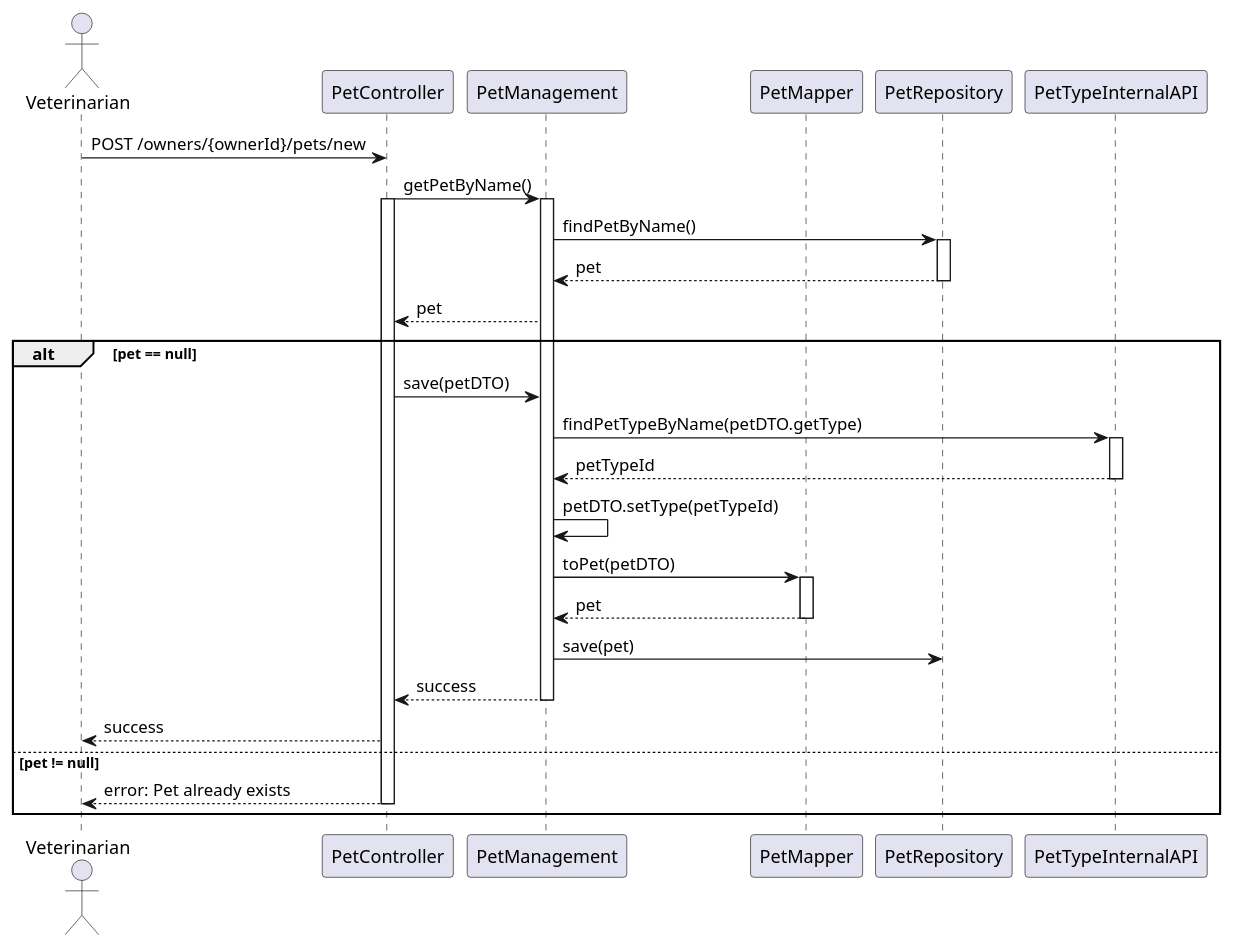
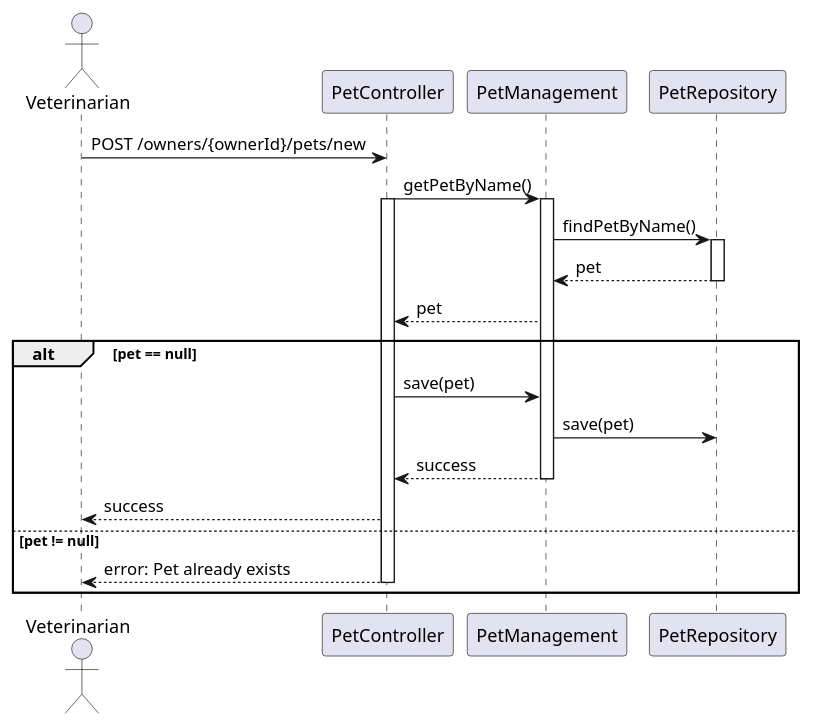
The diagram in docs/modulith/SD/AddPet/N3AddPet.puml (miguel1211593/spring_modulith), drawn with PlantUML before and after one commit. The commit also changed 41 other files, not shown here.

```diff
--- a/docs/modulith/SD/AddPet/N3AddPet.puml
+++ b/docs/modulith/SD/AddPet/N3AddPet.puml
@@ -1,42 +1,31 @@
 @startuml
 
 actor Veterinarian
 participant "PetController" as Controller
 participant "PetManagement" as Service
-participant "PetMapper" as Mapper
 participant "PetRepository" as Repository
-participant "PetTypeInternalAPI" as PetType
+
 
 
 Veterinarian -> Controller: POST /owners/{ownerId}/pets/new
 Controller -> Service: getPetByName()
 activate Controller
 activate Service
-
 Service -> Repository: findPetByName()
 activate Repository
 Repository --> Service: pet
 deactivate Repository
 Service --> Controller: pet
 alt pet == null
-    Controller -> Service: save(petDTO)
-    Service -> PetType: findPetTypeByName(petDTO.getType)
-    activate PetType
-    PetType --> Service: petTypeId
-    deactivate PetType
-    Service -> Service: petDTO.setType(petTypeId)
-    Service -> Mapper: toPet(petDTO)
-    activate Mapper
-    Mapper --> Service: pet
-    deactivate Mapper
+    Controller -> Service: save(pet)
     Service -> Repository: save(pet)
     Service --> Controller: success
     deactivate Service
     Controller --> Veterinarian: success
 else pet != null
     Controller --> Veterinarian: error: Pet already exists
     deactivate Controller
 end
 
 
 @enduml
```
